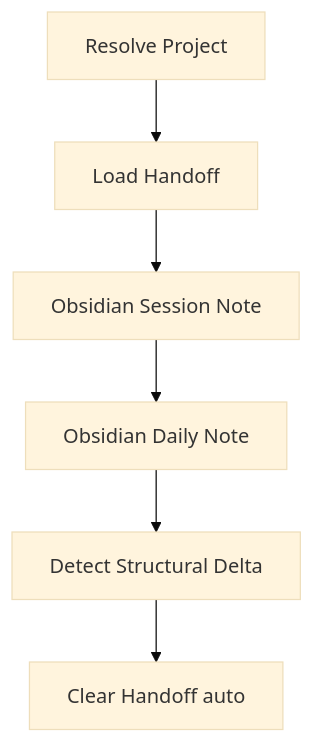
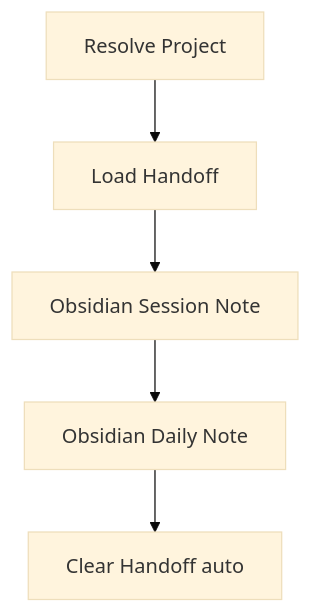
Before and after one commit to adeonir/agent-skills: the diagram in skills/personal/wrap-up/README.md, drawn with Mermaid (base theme). The commit also changed 2 other files, not shown here.

Commit message:
refactor(wrap-up): drop structural-delta detection
The phase ran after both notes were written, so its one advisory line could reach nothing the skill produces, and it advised on a file wrap-up neither reads nor writes. Every other step either feeds the session and daily notes or clears the source behind them.

````diff
--- a/skills/personal/wrap-up/README.md
+++ b/skills/personal/wrap-up/README.md
@@ -7,8 +7,7 @@
 ```mermaid
 flowchart TD
     A[Resolve Project] --> B[Load Handoff]
     B --> C[Obsidian Session Note]
     C --> D[Obsidian Daily Note]
-    D --> E[Detect Structural Delta]
-    E --> F[Clear Handoff auto]
+    D --> E[Clear Handoff auto]
 ```
````
